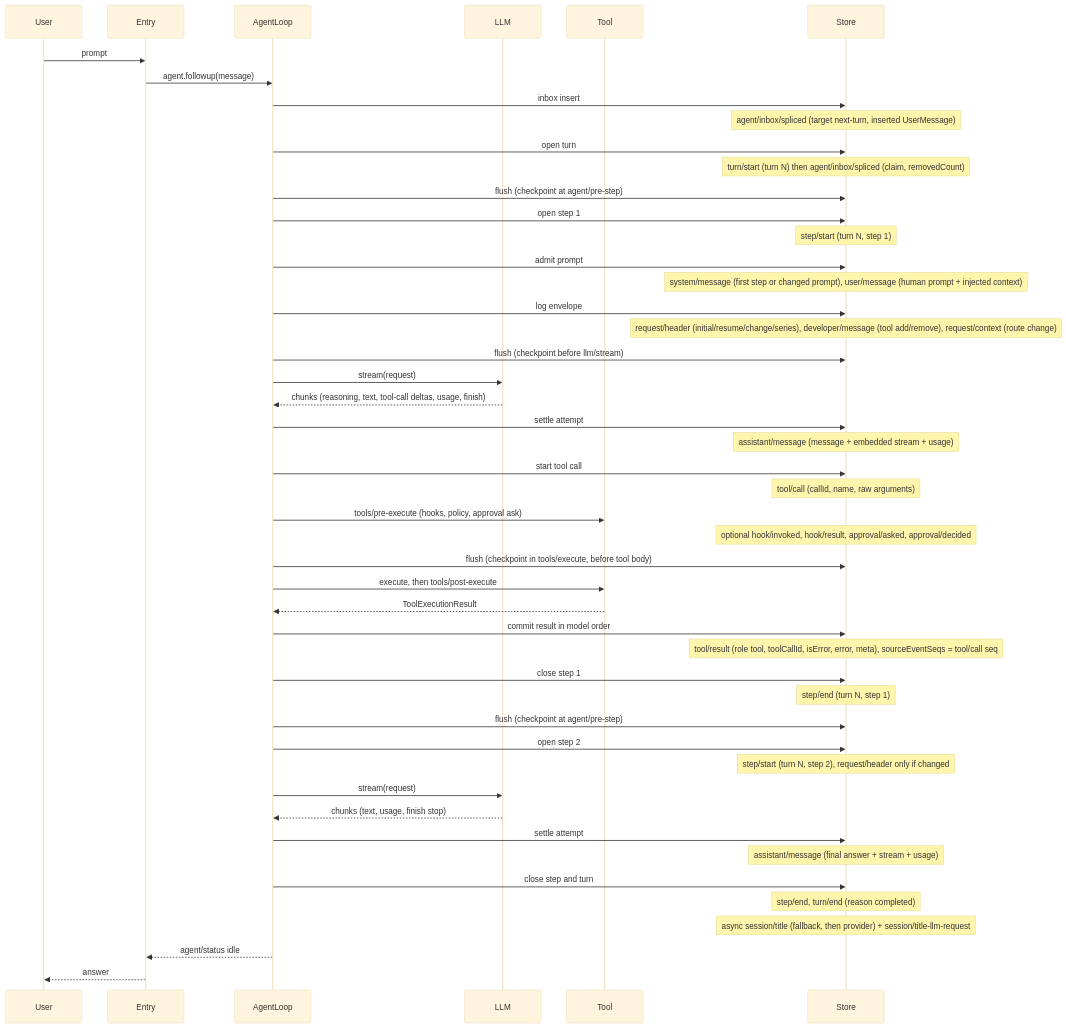
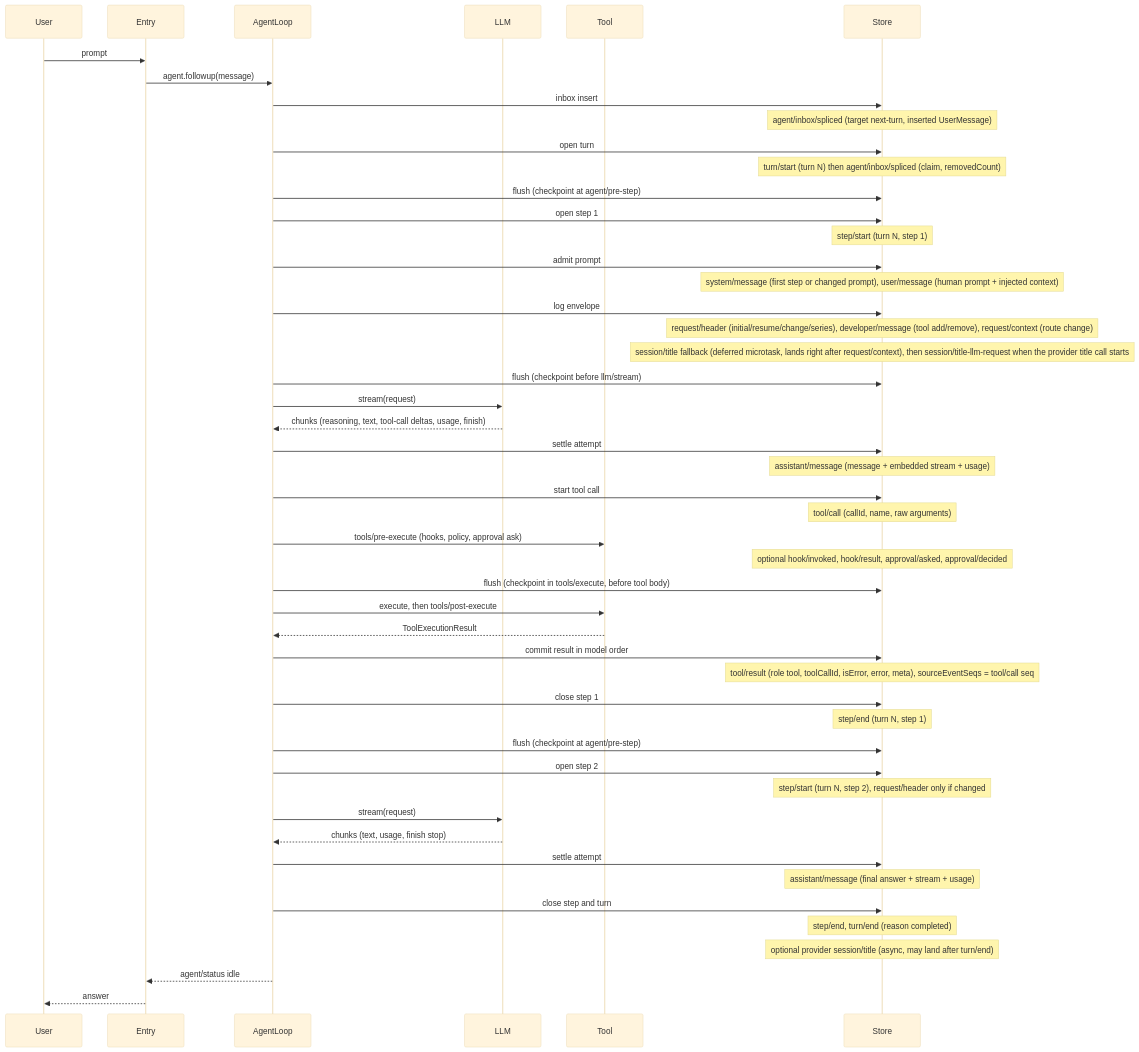
The second of 3 diagrams in docs/research/agent-sessions/dsh.md (Orbit-Labs-AI/Orbit-Zhiyin), drawn with Mermaid (base theme) before and after one commit. The commit also changed other lines of this file, not shown here.

````diff
--- a/docs/research/agent-sessions/dsh.md
+++ b/docs/research/agent-sessions/dsh.md
@@ -147,50 +147,51 @@
 ```mermaid
 sequenceDiagram
   participant User
   participant Entry
   participant AL as AgentLoop
   participant LLM
   participant Tool
   participant Store
   User->>Entry: prompt
   Entry->>AL: agent.followup(message)
   AL->>Store: inbox insert
   Note over Store: agent/inbox/spliced (target next-turn, inserted UserMessage)
   AL->>Store: open turn
   Note over Store: turn/start (turn N) then agent/inbox/spliced (claim, removedCount)
   AL->>Store: flush (checkpoint at agent/pre-step)
   AL->>Store: open step 1
   Note over Store: step/start (turn N, step 1)
   AL->>Store: admit prompt
   Note over Store: system/message (first step or changed prompt), user/message (human prompt + injected context)
   AL->>Store: log envelope
   Note over Store: request/header (initial/resume/change/series), developer/message (tool add/remove), request/context (route change)
+  Note over Store: session/title fallback (deferred microtask, lands right after request/context), then session/title-llm-request when the provider title call starts
   AL->>Store: flush (checkpoint before llm/stream)
   AL->>LLM: stream(request)
   LLM-->>AL: chunks (reasoning, text, tool-call deltas, usage, finish)
   AL->>Store: settle attempt
   Note over Store: assistant/message (message + embedded stream + usage)
   AL->>Store: start tool call
   Note over Store: tool/call (callId, name, raw arguments)
   AL->>Tool: tools/pre-execute (hooks, policy, approval ask)
   Note over Store: optional hook/invoked, hook/result, approval/asked, approval/decided
   AL->>Store: flush (checkpoint in tools/execute, before tool body)
   AL->>Tool: execute, then tools/post-execute
   Tool-->>AL: ToolExecutionResult
   AL->>Store: commit result in model order
   Note over Store: tool/result (role tool, toolCallId, isError, error, meta), sourceEventSeqs = tool/call seq
   AL->>Store: close step 1
   Note over Store: step/end (turn N, step 1)
   AL->>Store: flush (checkpoint at agent/pre-step)
   AL->>Store: open step 2
   Note over Store: step/start (turn N, step 2), request/header only if changed
   AL->>LLM: stream(request)
   LLM-->>AL: chunks (text, usage, finish stop)
   AL->>Store: settle attempt
   Note over Store: assistant/message (final answer + stream + usage)
   AL->>Store: close step and turn
   Note over Store: step/end, turn/end (reason completed)
-  Note over Store: async session/title (fallback, then provider) + session/title-llm-request
+  Note over Store: optional provider session/title (async, may land after turn/end)
   AL-->>Entry: agent/status idle
   Entry-->>User: answer
 ```
````
